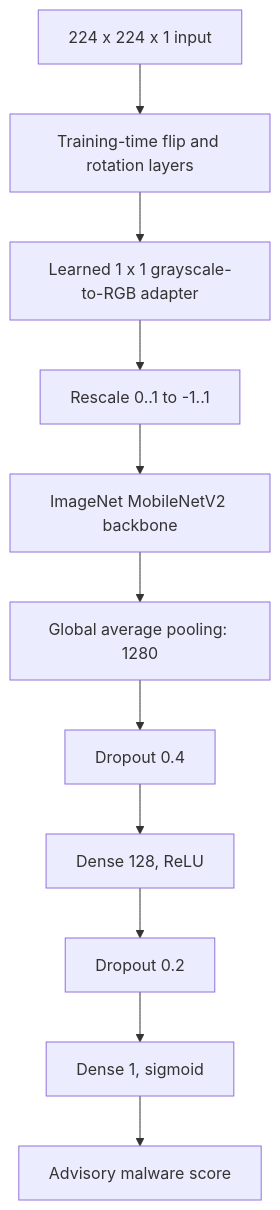
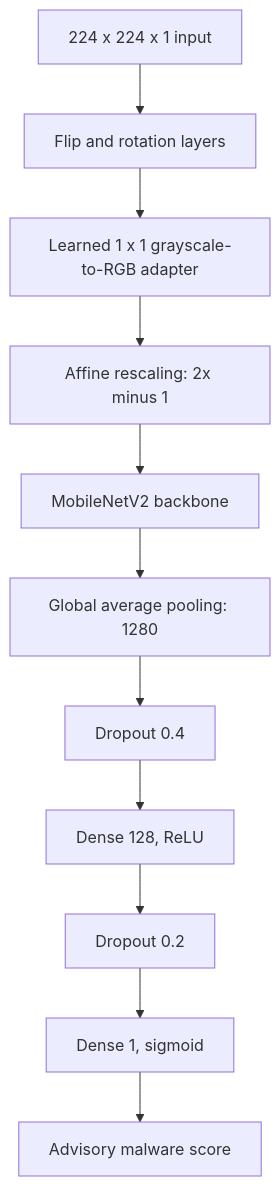
The third of 6 diagrams in docs/figures.md (Ahsan-Salamat/ThreatVision-Research), drawn with Mermaid before and after one commit. The commit also changed 6 other files, not shown here.

````diff
--- a/docs/figures.md
+++ b/docs/figures.md
@@ -43,13 +43,13 @@
 ```mermaid
 flowchart TD
-    A[224 x 224 x 1 input] --> B[Training-time flip and rotation layers]
+    A[224 x 224 x 1 input] --> B[Flip and rotation layers]
     B --> C[Learned 1 x 1 grayscale-to-RGB adapter]
-    C --> D[Rescale 0..1 to -1..1]
-    D --> E[ImageNet MobileNetV2 backbone]
+    C --> D[Affine rescaling: 2x minus 1]
+    D --> E[MobileNetV2 backbone]
     E --> F[Global average pooling: 1280]
     F --> G[Dropout 0.4]
     G --> H[Dense 128, ReLU]
     H --> I[Dropout 0.2]
     I --> J[Dense 1, sigmoid]
     J --> K[Advisory malware score]
 ```
````
